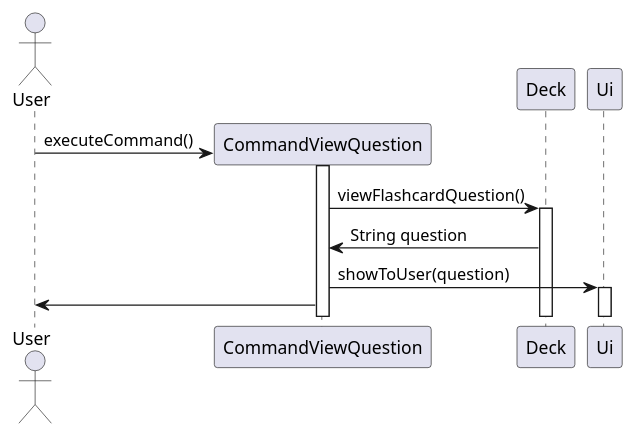
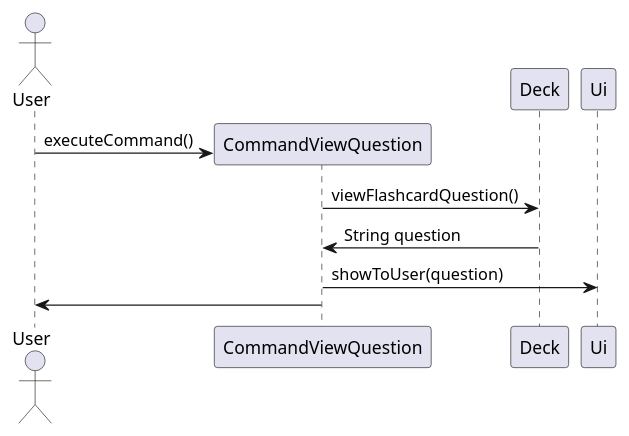
Before and after one commit to felfelyuen/tp: the diagram in docs/diagrams/ViewQuestionSequenceDiagram.puml, drawn with PlantUML. The commit also changed 12 other files, not shown here.

```diff
--- a/docs/diagrams/ViewQuestionSequenceDiagram.puml
+++ b/docs/diagrams/ViewQuestionSequenceDiagram.puml
@@ -1,13 +1,12 @@
 @startuml
 actor User
 User -> CommandViewQuestion **: executeCommand()
-CommandViewQuestion++
-CommandViewQuestion -> Deck++: viewFlashcardQuestion()
+CommandViewQuestion -> Deck: viewFlashcardQuestion()
 Deck -> CommandViewQuestion: String question
-CommandViewQuestion -> Ui++: showToUser(question)
+CommandViewQuestion -> Ui: showToUser(question)
 
 
 CommandViewQuestion -> User
 
 
 @enduml
```
